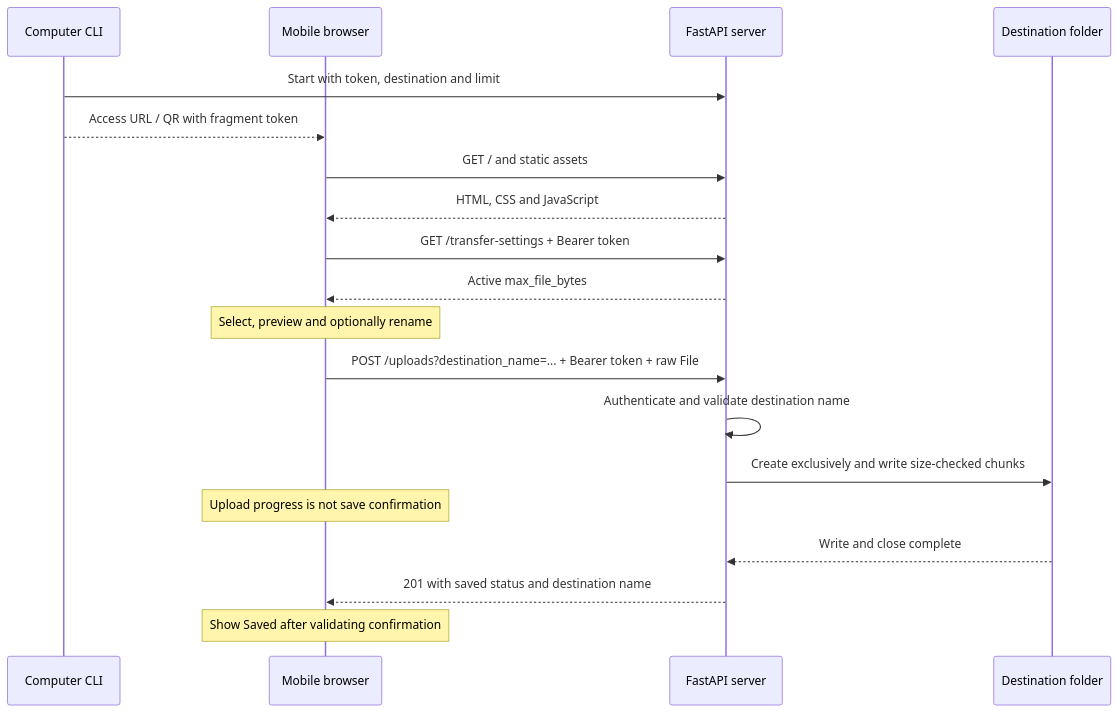
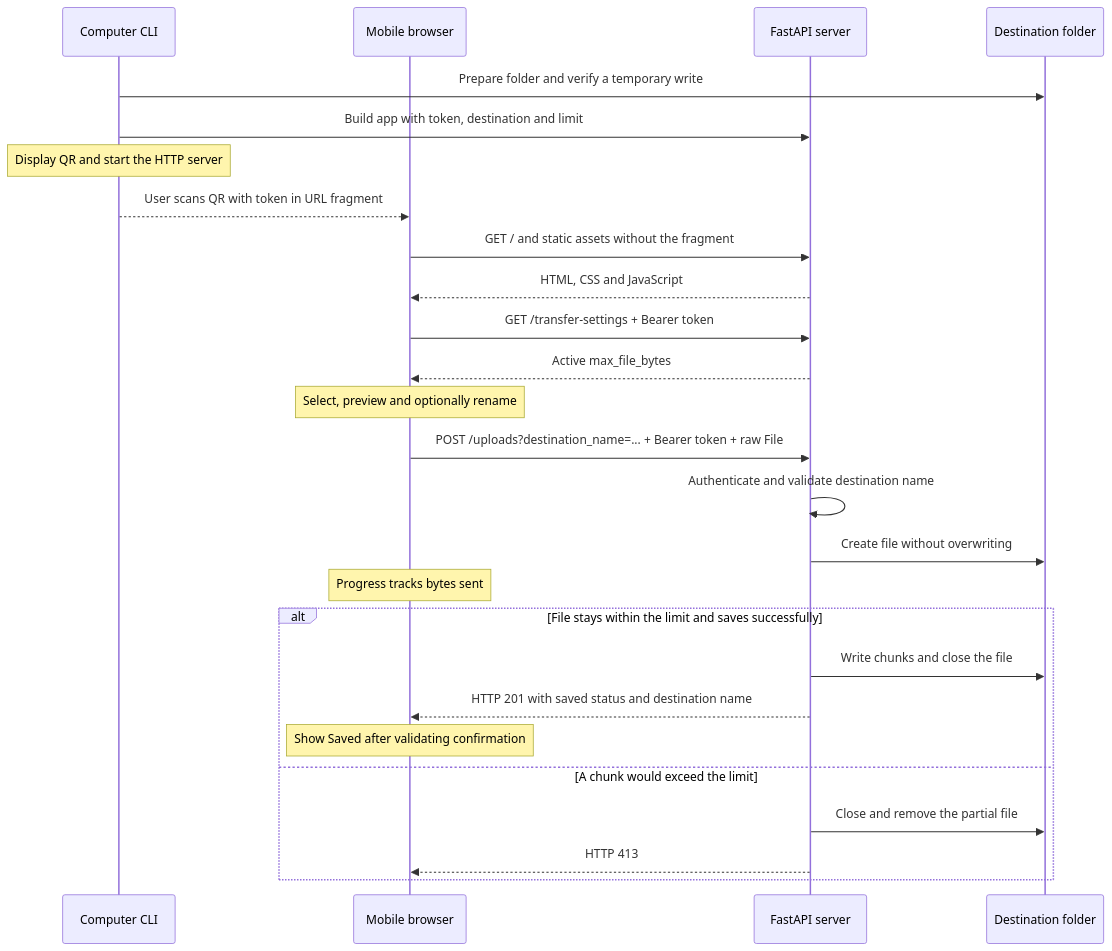
Before and after one commit to NelBanque/phone-lan-transfer: the diagram in docs/ARCHITECTURE.md, drawn with Mermaid. The commit also changed other lines of this file and 5 other files, not shown here.

````diff
--- a/docs/ARCHITECTURE.md
+++ b/docs/ARCHITECTURE.md
@@ -22,21 +22,28 @@
 ```mermaid
 sequenceDiagram
     participant CLI as Computer CLI
     participant Phone as Mobile browser
     participant API as FastAPI server
     participant Disk as Destination folder
-    CLI->>API: Start with token, destination and limit
-    CLI-->>Phone: Access URL / QR with fragment token
-    Phone->>API: GET / and static assets
+    CLI->>Disk: Prepare folder and verify a temporary write
+    CLI->>API: Build app with token, destination and limit
+    Note over CLI: Display QR and start the HTTP server
+    CLI-->>Phone: User scans QR with token in URL fragment
+    Phone->>API: GET / and static assets without the fragment
     API-->>Phone: HTML, CSS and JavaScript
     Phone->>API: GET /transfer-settings + Bearer token
     API-->>Phone: Active max_file_bytes
     Note over Phone: Select, preview and optionally rename
     Phone->>API: POST /uploads?destination_name=... + Bearer token + raw File
     API->>API: Authenticate and validate destination name
-    API->>Disk: Create exclusively and write size-checked chunks
-    Note over Phone: Upload progress is not save confirmation
-    Disk-->>API: Write and close complete
-    API-->>Phone: 201 with saved status and destination name
-    Note over Phone: Show Saved after validating confirmation
+    API->>Disk: Create file without overwriting
+    Note over Phone: Progress tracks bytes sent
+    alt File stays within the limit and saves successfully
+        API->>Disk: Write chunks and close the file
+        API-->>Phone: HTTP 201 with saved status and destination name
+        Note over Phone: Show Saved after validating confirmation
+    else A chunk would exceed the limit
+        API->>Disk: Close and remove the partial file
+        API-->>Phone: HTTP 413
+    end
 ```
````
